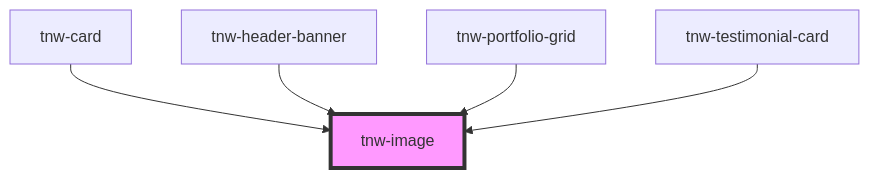
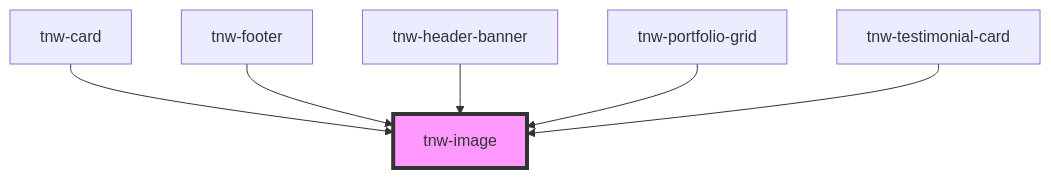
One commit to technway/technway-component-library changed the diagram in packages/stencil-library/src/components/tnw-image/readme.md. Above: the diagram before and after it, drawn with Mermaid. The commit also changed other lines of this file and 18 other files, not shown here.

Commit message:
feat(components): improve tnw-footer and tnw-newsletter-form

````diff
--- a/packages/stencil-library/src/components/tnw-image/readme.md
+++ b/packages/stencil-library/src/components/tnw-image/readme.md
@@ -88,8 +89,9 @@
 ```mermaid
 graph TD;
   tnw-card --> tnw-image
+  tnw-footer --> tnw-image
   tnw-header-banner --> tnw-image
   tnw-portfolio-grid --> tnw-image
   tnw-testimonial-card --> tnw-image
   style tnw-image fill:#f9f,stroke:#333,stroke-width:4px
 ```
````
